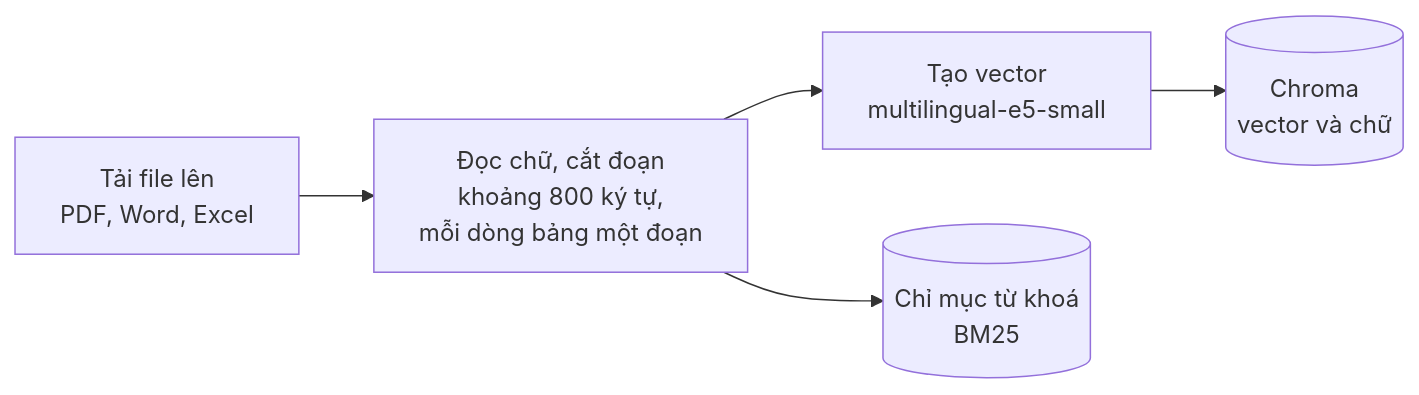
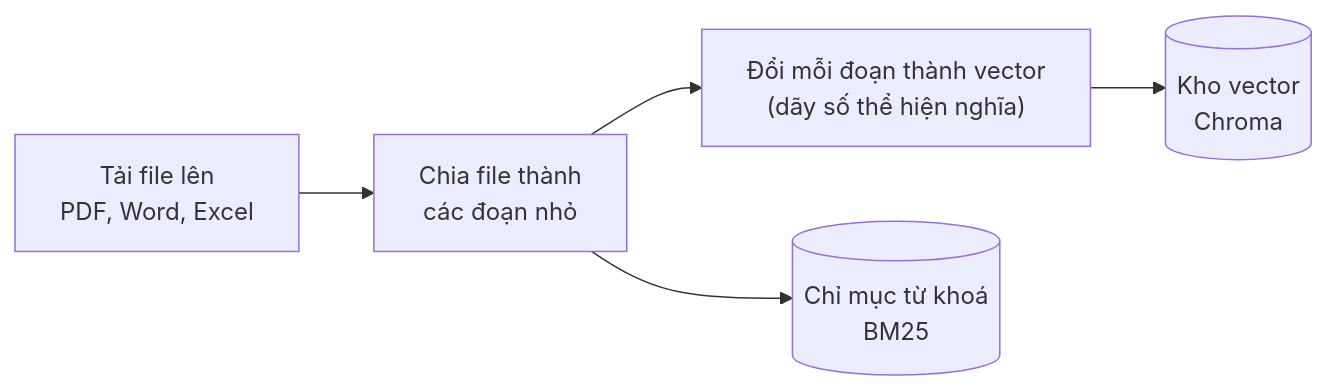
One commit to manhctd20/ragdesk changed the first of 2 diagrams in README.md. Above: the diagram before and after it, drawn with Mermaid. The commit also changed other lines of this file, not shown here.

Commit message:
docs: plainer ingest flow labels in README

````diff
--- a/README.md
+++ b/README.md
@@ -28,7 +28,7 @@
 ```mermaid
 flowchart LR
-  U["Tải file lên<br>PDF, Word, Excel"] --> R["Đọc chữ, cắt đoạn<br>khoảng 800 ký tự,<br>mỗi dòng bảng một đoạn"]
-  R --> E["Tạo vector<br>multilingual-e5-small"]
-  E --> DB[("Chroma<br>vector và chữ")]
+  U["Tải file lên<br>PDF, Word, Excel"] --> R["Chia file thành<br>các đoạn nhỏ"]
+  R --> E["Đổi mỗi đoạn thành vector<br>(dãy số thể hiện nghĩa)"]
+  E --> DB[("Kho vector<br>Chroma")]
   R --> K[("Chỉ mục từ khoá<br>BM25")]
 ```
````
